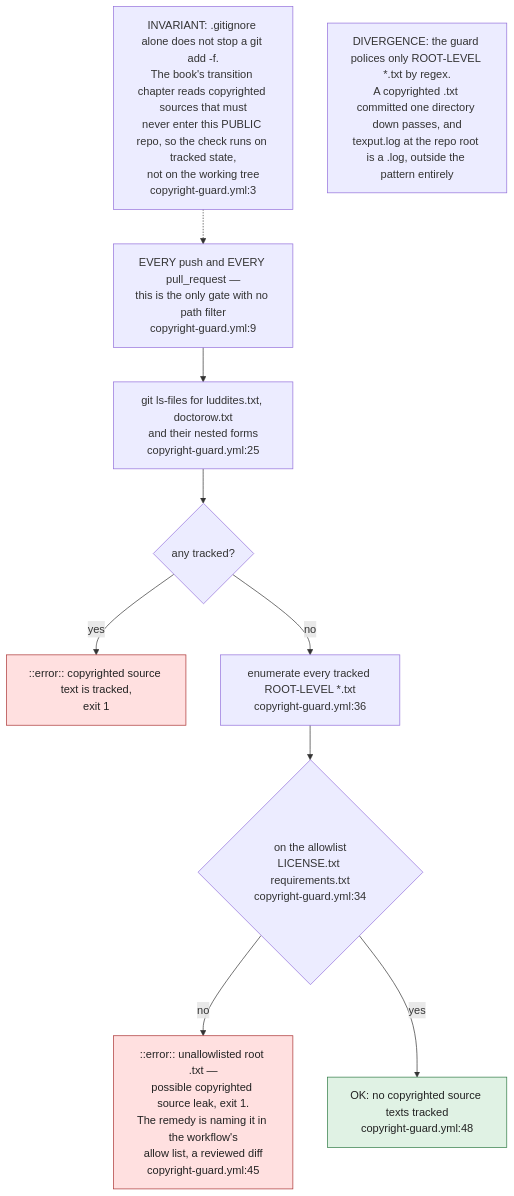
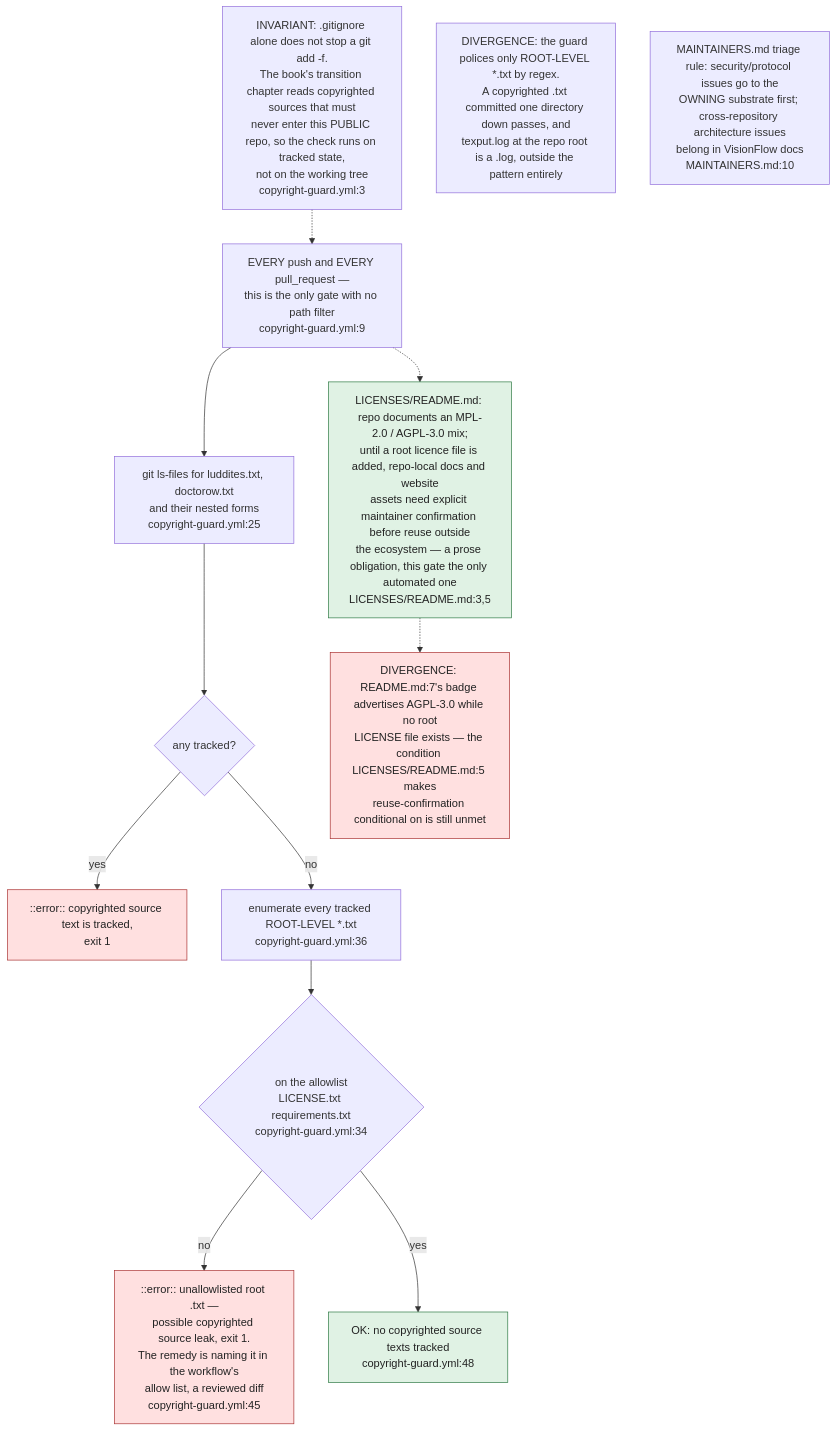
The ninth of 12 diagrams in docs/diagrams/visionflow/05-governance-gates.md (DreamLab-AI/VisionFlow), drawn with Mermaid before and after one commit. The commit also changed other lines of this file and 136 other files, not shown here.

First line of the commit message:
docs(diagrams): refresh the whole corpus to code HEAD and prune low-value diagrams

````diff
--- a/docs/diagrams/visionflow/05-governance-gates.md
+++ b/docs/diagrams/visionflow/05-governance-gates.md
@@ -388,20 +399,26 @@
 ```mermaid
 flowchart TB
     classDef block fill:#ffe0e0,stroke:#aa3333,color:#222
     classDef ok fill:#e0f2e4,stroke:#2f7a45,color:#222
 
     T["EVERY push and EVERY pull_request —<br/>this is the only gate with no path filter<br/>copyright-guard.yml:9"] --> S1
 
     S1["git ls-files for luddites.txt, doctorow.txt<br/>and their nested forms<br/>copyright-guard.yml:25"] --> Q1{"any tracked?"}
     Q1 -->|yes| F1["::error:: copyrighted source text is tracked,<br/>exit 1"]:::block
     Q1 -->|no| S2["enumerate every tracked ROOT-LEVEL *.txt<br/>copyright-guard.yml:36"]
 
     S2 --> Q2{"on the allowlist<br/>LICENSE.txt requirements.txt<br/>copyright-guard.yml:34"}
     Q2 -->|no| F2["::error:: unallowlisted root .txt —<br/>possible copyrighted source leak, exit 1.<br/>The remedy is naming it in the workflow's<br/>allow list, a reviewed diff<br/>copyright-guard.yml:45"]:::block
     Q2 -->|yes| PASS["OK: no copyrighted source texts tracked<br/>copyright-guard.yml:48"]:::ok
 
     WHY["INVARIANT: .gitignore alone does not stop a git add -f.<br/>The book's transition chapter reads copyrighted sources that must<br/>never enter this PUBLIC repo, so the check runs on tracked state,<br/>not on the working tree<br/>copyright-guard.yml:3"]
     WHY -.-> T
 
     NOTE["DIVERGENCE: the guard polices only ROOT-LEVEL *.txt by regex.<br/>A copyrighted .txt committed one directory down passes, and<br/>texput.log at the repo root is a .log, outside the pattern entirely"]
+
+    LICN["LICENSES/README.md: repo documents an MPL-2.0 / AGPL-3.0 mix;<br/>until a root licence file is added, repo-local docs and website<br/>assets need explicit maintainer confirmation before reuse outside<br/>the ecosystem — a prose obligation, this gate the only automated one<br/>LICENSES/README.md:3,5"]:::ok
+    MNTN["MAINTAINERS.md triage rule: security/protocol issues go to the<br/>OWNING substrate first; cross-repository architecture issues<br/>belong in VisionFlow docs<br/>MAINTAINERS.md:10"]
+    DIVL["DIVERGENCE: README.md:7's badge advertises AGPL-3.0 while no root<br/>LICENSE file exists — the condition LICENSES/README.md:5 makes<br/>reuse-confirmation conditional on is still unmet"]:::block
+    T -.-> LICN
+    LICN -.-> DIVL
 ```
````
